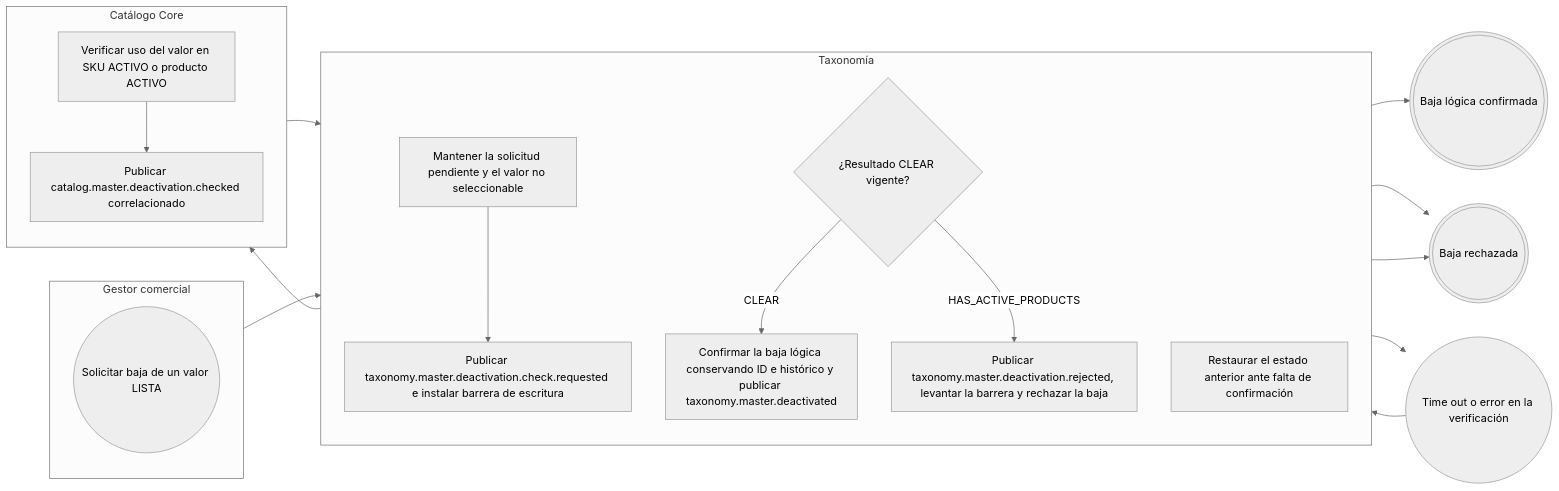
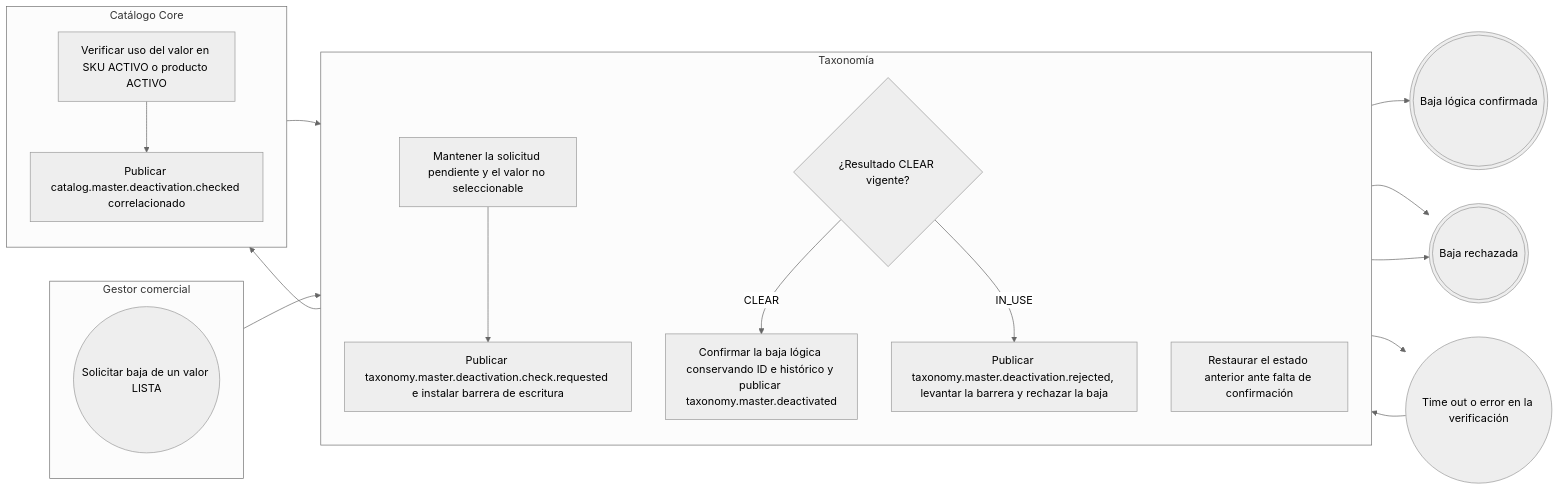
One commit to Taller-SW-Web/G6-Productos-Ofertas-docs changed the third of 4 diagrams in requisitos/flujos/FLOW-009-gestion-caracteristicas.md. Above: the diagram before and after it, drawn with Mermaid (neutral theme). The commit also changed other lines of this file and 25 other files, not shown here.

````diff
--- a/requisitos/flujos/FLOW-009-gestion-caracteristicas.md
+++ b/requisitos/flujos/FLOW-009-gestion-caracteristicas.md
@@ -118,40 +118,40 @@
 ```mermaid
 flowchart LR
 
     subgraph GESTOR["Gestor comercial"]
         direction TB
         INICIO((Solicitar baja de un valor LISTA))
     end
 
     subgraph TAXONOMIA["Taxonomía"]
         direction TB
         T1["Mantener la solicitud pendiente y el valor no seleccionable"]
         T2["Publicar taxonomy.master.deactivation.check.requested e instalar barrera de escritura"]
         DS1{"¿Resultado CLEAR vigente?"}
         T3["Confirmar la baja lógica conservando ID e histórico y publicar taxonomy.master.deactivated"]
         T4["Publicar taxonomy.master.deactivation.rejected, levantar la barrera y rechazar la baja"]
         T5["Restaurar el estado anterior ante falta de confirmación"]
     end
 
     subgraph CATALOGO["Catálogo Core"]
         direction TB
         C1["Verificar uso del valor en SKU ACTIVO o producto ACTIVO"]
         C2["Publicar catalog.master.deactivation.checked correlacionado"]
     end
 
     FIN_CONFIRMADA(((Baja lógica confirmada)))
     FIN_RECHAZADA(((Baja rechazada)))
 
     INICIO --> T1
     T1 --> T2
     T2 --> C1
     C1 --> C2
     C2 --> DS1
     DS1 -->|"CLEAR"| T3
     T3 --> FIN_CONFIRMADA
-    DS1 -->|"HAS_ACTIVE_PRODUCTS"| T4
+    DS1 -->|"IN_USE"| T4
     T4 --> FIN_RECHAZADA
     T2 --> E1(("Time out o error en la verificación"))
     E1 --> T5
     T5 --> FIN_RECHAZADA
 ```
````
